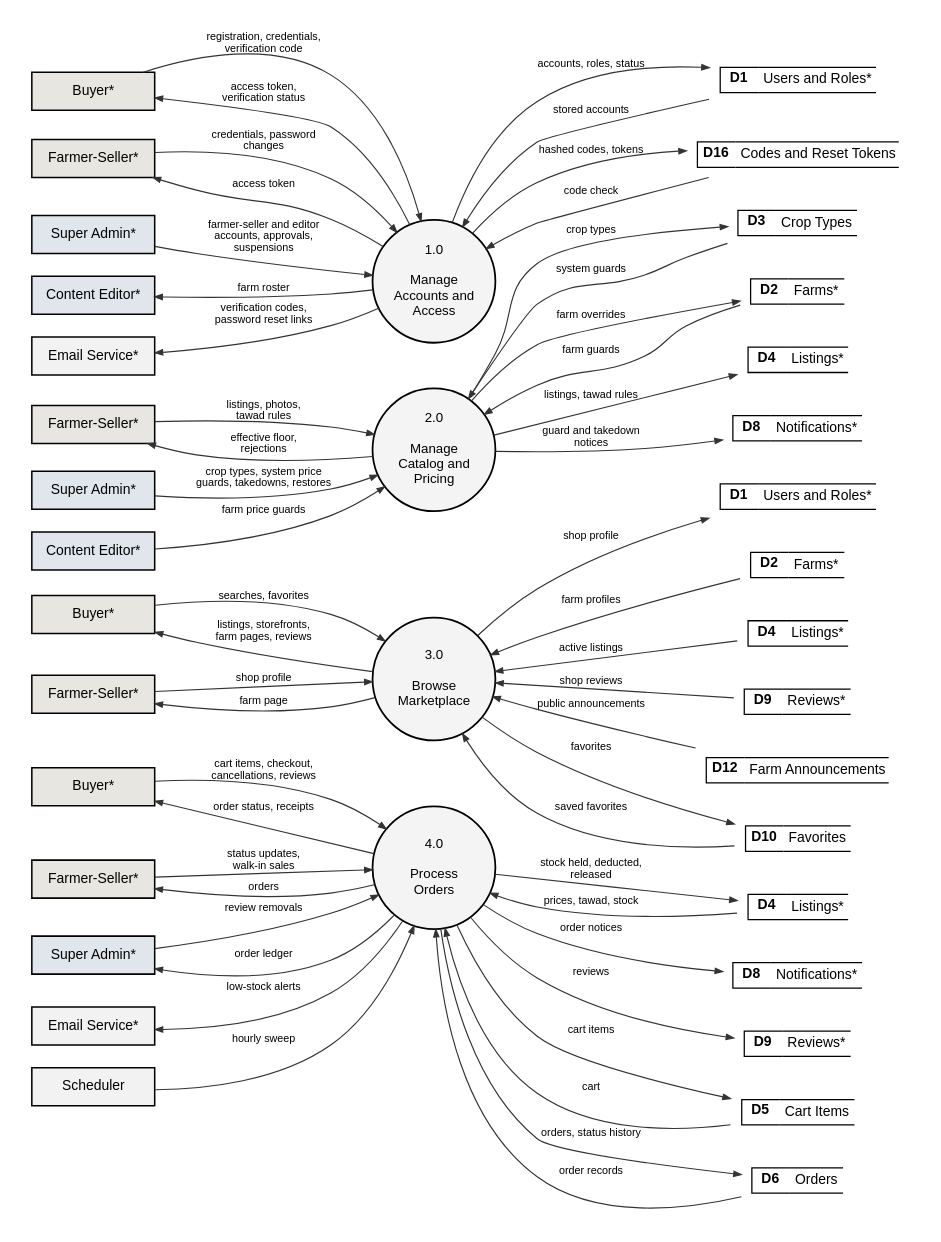
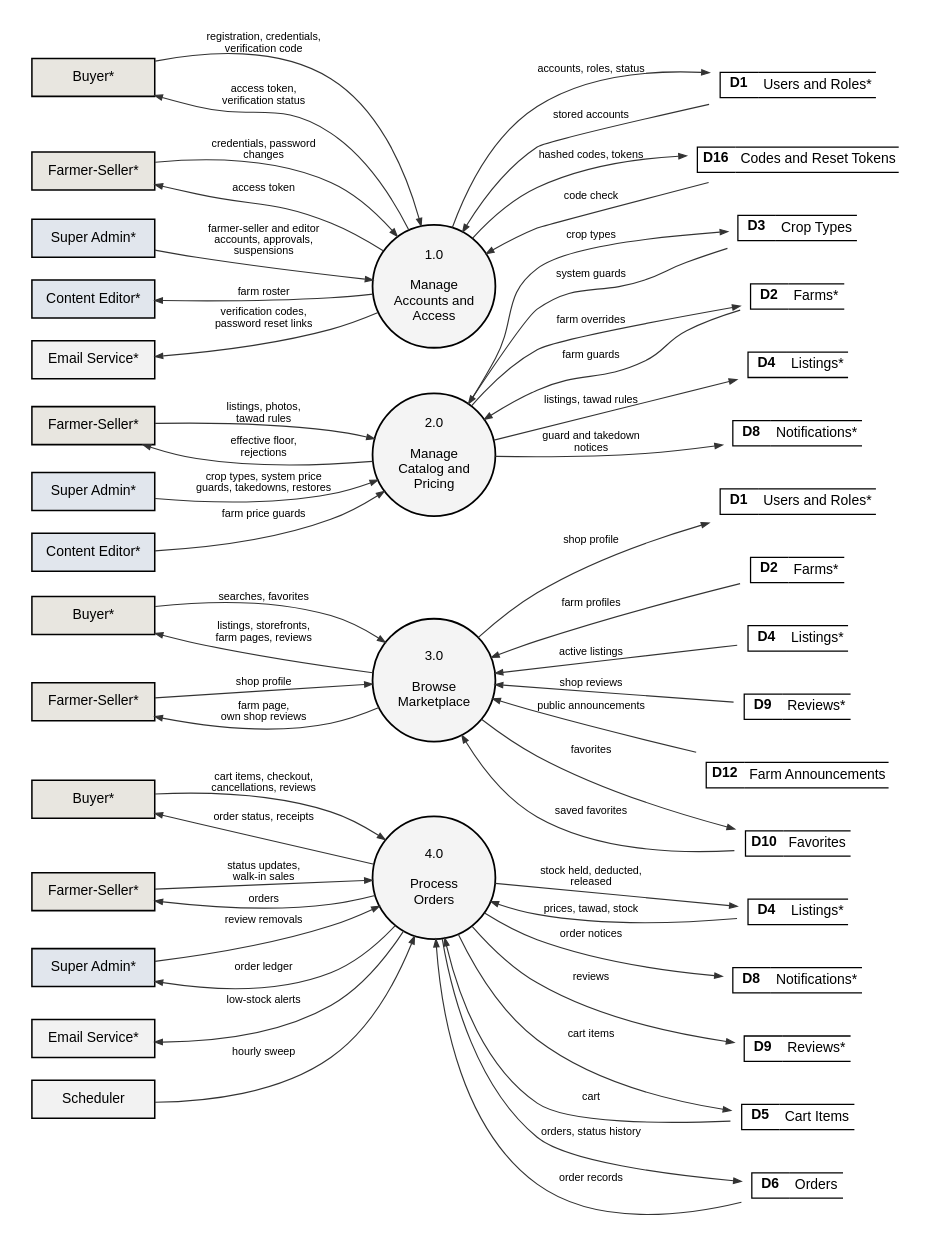
Before and after one commit to shawncastaneda11-commits/anihow-backend: the diagram in docs/manuscript/figures/src/fig6_1a_dfd_level1.dot, drawn with Graphviz. The commit also changed 10 other files, not shown here.

First line of the commit message:
docs: show farmer-seller shop reviews in the diagrams and spec

```diff
--- a/docs/manuscript/figures/src/fig6_1a_dfd_level1.dot
+++ b/docs/manuscript/figures/src/fig6_1a_dfd_level1.dot
@@ -1,96 +1,96 @@
 // Data flow diagram, level 1 (processes 1.0 to 4.0).
 digraph G {
   graph [rankdir=LR, nodesep=0.25, ranksep=0.9, pad=0.25, fontname="Liberation Sans", newrank=true];
   node  [fontname="Liberation Sans", fontsize=11];
   edge  [penwidth=0.9, arrowsize=0.6, color="#333333", fontname="Liberation Sans", fontsize=8.5];
   p1 [shape=circle, style=filled, fillcolor="#F4F4F4", penwidth=1.4, fixedsize=true, width=1.35, fontsize=10.5, label="1.0\n\nManage\nAccounts and\nAccess"];
   by_p1 [shape=box, style=filled, fillcolor="#E8E6E0", penwidth=1.2, width=1.35, height=0.42, label="Buyer*"];
   fs_p1 [shape=box, style=filled, fillcolor="#E8E6E0", penwidth=1.2, width=1.35, height=0.42, label="Farmer-Seller*"];
   sa_p1 [shape=box, style=filled, fillcolor="#E1E6ED", penwidth=1.2, width=1.35, height=0.42, label="Super Admin*"];
   ce_p1 [shape=box, style=filled, fillcolor="#E1E6ED", penwidth=1.2, width=1.35, height=0.42, label="Content Editor*"];
   em_p1 [shape=box, style=filled, fillcolor="#F2F2F2", penwidth=1.2, width=1.35, height=0.42, label="Email Service*"];
   D1_p1 [shape=plaintext, label=<<TABLE BORDER="0" CELLBORDER="1" CELLSPACING="0" CELLPADDING="3"><TR><TD SIDES="TBL" WIDTH="30"><B>D1</B></TD><TD SIDES="TB" ALIGN="LEFT">Users and Roles*</TD></TR></TABLE>>];
   D16_p1 [shape=plaintext, label=<<TABLE BORDER="0" CELLBORDER="1" CELLSPACING="0" CELLPADDING="3"><TR><TD SIDES="TBL" WIDTH="30"><B>D16</B></TD><TD SIDES="TB" ALIGN="LEFT">Codes and Reset Tokens</TD></TR></TABLE>>];
   p2 [shape=circle, style=filled, fillcolor="#F4F4F4", penwidth=1.4, fixedsize=true, width=1.35, fontsize=10.5, label="2.0\n\nManage\nCatalog and\nPricing"];
   fs_p2 [shape=box, style=filled, fillcolor="#E8E6E0", penwidth=1.2, width=1.35, height=0.42, label="Farmer-Seller*"];
   sa_p2 [shape=box, style=filled, fillcolor="#E1E6ED", penwidth=1.2, width=1.35, height=0.42, label="Super Admin*"];
   ce_p2 [shape=box, style=filled, fillcolor="#E1E6ED", penwidth=1.2, width=1.35, height=0.42, label="Content Editor*"];
   D3_p2 [shape=plaintext, label=<<TABLE BORDER="0" CELLBORDER="1" CELLSPACING="0" CELLPADDING="3"><TR><TD SIDES="TBL" WIDTH="30"><B>D3</B></TD><TD SIDES="TB" ALIGN="LEFT">Crop Types</TD></TR></TABLE>>];
   D2_p2 [shape=plaintext, label=<<TABLE BORDER="0" CELLBORDER="1" CELLSPACING="0" CELLPADDING="3"><TR><TD SIDES="TBL" WIDTH="30"><B>D2</B></TD><TD SIDES="TB" ALIGN="LEFT">Farms*</TD></TR></TABLE>>];
   D4_p2 [shape=plaintext, label=<<TABLE BORDER="0" CELLBORDER="1" CELLSPACING="0" CELLPADDING="3"><TR><TD SIDES="TBL" WIDTH="30"><B>D4</B></TD><TD SIDES="TB" ALIGN="LEFT">Listings*</TD></TR></TABLE>>];
   D8_p2 [shape=plaintext, label=<<TABLE BORDER="0" CELLBORDER="1" CELLSPACING="0" CELLPADDING="3"><TR><TD SIDES="TBL" WIDTH="30"><B>D8</B></TD><TD SIDES="TB" ALIGN="LEFT">Notifications*</TD></TR></TABLE>>];
   p3 [shape=circle, style=filled, fillcolor="#F4F4F4", penwidth=1.4, fixedsize=true, width=1.35, fontsize=10.5, label="3.0\n\nBrowse\nMarketplace"];
   by_p3 [shape=box, style=filled, fillcolor="#E8E6E0", penwidth=1.2, width=1.35, height=0.42, label="Buyer*"];
   fs_p3 [shape=box, style=filled, fillcolor="#E8E6E0", penwidth=1.2, width=1.35, height=0.42, label="Farmer-Seller*"];
   D1_p3 [shape=plaintext, label=<<TABLE BORDER="0" CELLBORDER="1" CELLSPACING="0" CELLPADDING="3"><TR><TD SIDES="TBL" WIDTH="30"><B>D1</B></TD><TD SIDES="TB" ALIGN="LEFT">Users and Roles*</TD></TR></TABLE>>];
   D2_p3 [shape=plaintext, label=<<TABLE BORDER="0" CELLBORDER="1" CELLSPACING="0" CELLPADDING="3"><TR><TD SIDES="TBL" WIDTH="30"><B>D2</B></TD><TD SIDES="TB" ALIGN="LEFT">Farms*</TD></TR></TABLE>>];
   D4_p3 [shape=plaintext, label=<<TABLE BORDER="0" CELLBORDER="1" CELLSPACING="0" CELLPADDING="3"><TR><TD SIDES="TBL" WIDTH="30"><B>D4</B></TD><TD SIDES="TB" ALIGN="LEFT">Listings*</TD></TR></TABLE>>];
   D9_p3 [shape=plaintext, label=<<TABLE BORDER="0" CELLBORDER="1" CELLSPACING="0" CELLPADDING="3"><TR><TD SIDES="TBL" WIDTH="30"><B>D9</B></TD><TD SIDES="TB" ALIGN="LEFT">Reviews*</TD></TR></TABLE>>];
   D12_p3 [shape=plaintext, label=<<TABLE BORDER="0" CELLBORDER="1" CELLSPACING="0" CELLPADDING="3"><TR><TD SIDES="TBL" WIDTH="30"><B>D12</B></TD><TD SIDES="TB" ALIGN="LEFT">Farm Announcements</TD></TR></TABLE>>];
   D10_p3 [shape=plaintext, label=<<TABLE BORDER="0" CELLBORDER="1" CELLSPACING="0" CELLPADDING="3"><TR><TD SIDES="TBL" WIDTH="30"><B>D10</B></TD><TD SIDES="TB" ALIGN="LEFT">Favorites</TD></TR></TABLE>>];
   p4 [shape=circle, style=filled, fillcolor="#F4F4F4", penwidth=1.4, fixedsize=true, width=1.35, fontsize=10.5, label="4.0\n\nProcess\nOrders"];
   by_p4 [shape=box, style=filled, fillcolor="#E8E6E0", penwidth=1.2, width=1.35, height=0.42, label="Buyer*"];
   fs_p4 [shape=box, style=filled, fillcolor="#E8E6E0", penwidth=1.2, width=1.35, height=0.42, label="Farmer-Seller*"];
   sa_p4 [shape=box, style=filled, fillcolor="#E1E6ED", penwidth=1.2, width=1.35, height=0.42, label="Super Admin*"];
   em_p4 [shape=box, style=filled, fillcolor="#F2F2F2", penwidth=1.2, width=1.35, height=0.42, label="Email Service*"];
   D4_p4 [shape=plaintext, label=<<TABLE BORDER="0" CELLBORDER="1" CELLSPACING="0" CELLPADDING="3"><TR><TD SIDES="TBL" WIDTH="30"><B>D4</B></TD><TD SIDES="TB" ALIGN="LEFT">Listings*</TD></TR></TABLE>>];
   D8_p4 [shape=plaintext, label=<<TABLE BORDER="0" CELLBORDER="1" CELLSPACING="0" CELLPADDING="3"><TR><TD SIDES="TBL" WIDTH="30"><B>D8</B></TD><TD SIDES="TB" ALIGN="LEFT">Notifications*</TD></TR></TABLE>>];
   D9_p4 [shape=plaintext, label=<<TABLE BORDER="0" CELLBORDER="1" CELLSPACING="0" CELLPADDING="3"><TR><TD SIDES="TBL" WIDTH="30"><B>D9</B></TD><TD SIDES="TB" ALIGN="LEFT">Reviews*</TD></TR></TABLE>>];
   sch_p4 [shape=box, style=filled, fillcolor="#F2F2F2", penwidth=1.2, width=1.35, height=0.42, label="Scheduler"];
   D5_p4 [shape=plaintext, label=<<TABLE BORDER="0" CELLBORDER="1" CELLSPACING="0" CELLPADDING="3"><TR><TD SIDES="TBL" WIDTH="30"><B>D5</B></TD><TD SIDES="TB" ALIGN="LEFT">Cart Items</TD></TR></TABLE>>];
   D6_p4 [shape=plaintext, label=<<TABLE BORDER="0" CELLBORDER="1" CELLSPACING="0" CELLPADDING="3"><TR><TD SIDES="TBL" WIDTH="30"><B>D6</B></TD><TD SIDES="TB" ALIGN="LEFT">Orders</TD></TR></TABLE>>];
   by_p1 -> p1 [label="registration, credentials,\nverification code"];
   fs_p1 -> p1 [label="credentials, password\nchanges"];
   sa_p1 -> p1 [label="farmer-seller and editor\naccounts, approvals,\nsuspensions"];
   by_p1 -> p1 [label="access token,\nverification status", dir=back];
   fs_p1 -> p1 [label="access token", dir=back];
   ce_p1 -> p1 [label="farm roster", dir=back];
   em_p1 -> p1 [label="verification codes,\npassword reset links", dir=back];
   p1 -> D1_p1 [label="accounts, roles, status"];
   p1 -> D1_p1 [label="stored accounts", dir=back];
   p1 -> D16_p1 [label="hashed codes, tokens"];
   p1 -> D16_p1 [label="code check", dir=back];
   sa_p2 -> p2 [label="crop types, system price\nguards, takedowns, restores"];
   ce_p2 -> p2 [label="farm price guards"];
   fs_p2 -> p2 [label="listings, photos,\ntawad rules"];
   fs_p2 -> p2 [label="effective floor,\nrejections", dir=back];
   p2 -> D3_p2 [label="crop types"];
   p2 -> D3_p2 [label="system guards", dir=back];
   p2 -> D2_p2 [label="farm overrides"];
   p2 -> D2_p2 [label="farm guards", dir=back];
   p2 -> D4_p2 [label="listings, tawad rules"];
   p2 -> D8_p2 [label="guard and takedown\nnotices"];
   by_p3 -> p3 [label="searches, favorites"];
   by_p3 -> p3 [label="listings, storefronts,\nfarm pages, reviews", dir=back];
   fs_p3 -> p3 [label="shop profile"];
-  fs_p3 -> p3 [label="farm page", dir=back];
+  fs_p3 -> p3 [label="farm page,\nown shop reviews", dir=back];
   p3 -> D4_p3 [label="active listings", dir=back];
   p3 -> D2_p3 [label="farm profiles", dir=back];
   p3 -> D9_p3 [label="shop reviews", dir=back];
   p3 -> D12_p3 [label="public announcements", dir=back];
   p3 -> D10_p3 [label="favorites"];
   p3 -> D10_p3 [label="saved favorites", dir=back];
   p3 -> D1_p3 [label="shop profile"];
   by_p4 -> p4 [label="cart items, checkout,\ncancellations, reviews"];
   fs_p4 -> p4 [label="status updates,\nwalk-in sales"];
   by_p4 -> p4 [label="order status, receipts", dir=back];
   fs_p4 -> p4 [label="orders", dir=back];
   sch_p4 -> p4 [label="hourly sweep"];
   sa_p4 -> p4 [label="review removals"];
   sa_p4 -> p4 [label="order ledger", dir=back];
   p4 -> D5_p4 [label="cart items"];
   p4 -> D5_p4 [label="cart", dir=back];
   p4 -> D6_p4 [label="orders, status history"];
   p4 -> D6_p4 [label="order records", dir=back];
   p4 -> D4_p4 [label="stock held, deducted,\nreleased"];
   p4 -> D4_p4 [label="prices, tawad, stock", dir=back];
   p4 -> D9_p4 [label="reviews"];
   p4 -> D8_p4 [label="order notices"];
   em_p4 -> p4 [label="low-stock alerts", dir=back];
   {rank=same; by_p1; fs_p1; sa_p1; ce_p1; em_p1; sa_p2; ce_p2; fs_p2; by_p3; fs_p3; by_p4; fs_p4; sch_p4; sa_p4; em_p4}
   {rank=same; D1_p1; D16_p1; D3_p2; D2_p2; D4_p2; D8_p2; D4_p3; D2_p3; D9_p3; D12_p3; D10_p3; D1_p3; D5_p4; D6_p4; D4_p4; D9_p4; D8_p4}
   {rank=same; p1; p2; p3; p4}
   p1 -> p2 [style=invis, weight=10];
   p2 -> p3 [style=invis, weight=10];
   p3 -> p4 [style=invis, weight=10];
 }
```
